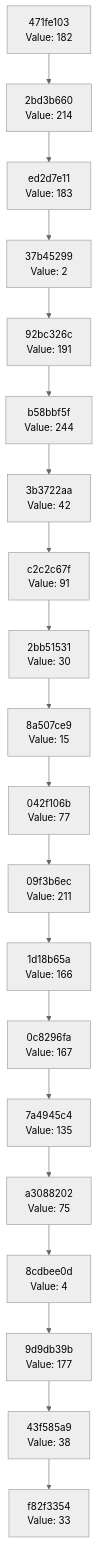
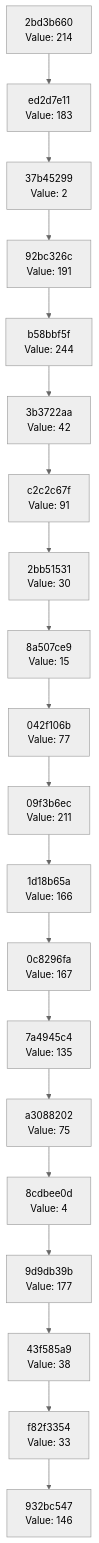
One commit to Abhisheksinha1506/hash-chain-evolver changed the diagram in docs/CHAIN_VISUALIZATION.md. Above: the diagram before and after it, drawn with Mermaid (neutral theme). The commit also changed 3 other files, not shown here.

````diff
--- a/docs/CHAIN_VISUALIZATION.md
+++ b/docs/CHAIN_VISUALIZATION.md
@@ -3,42 +3,42 @@
 ```mermaid
 graph TD
-    C0["f82f3354<br/>Value: 33"]
-    C1["43f585a9<br/>Value: 38"]
+    C0["932bc547<br/>Value: 146"]
+    C1["f82f3354<br/>Value: 33"]
     C1 --> C0
-    C2["9d9db39b<br/>Value: 177"]
+    C2["43f585a9<br/>Value: 38"]
     C2 --> C1
-    C3["8cdbee0d<br/>Value: 4"]
+    C3["9d9db39b<br/>Value: 177"]
     C3 --> C2
-    C4["a3088202<br/>Value: 75"]
+    C4["8cdbee0d<br/>Value: 4"]
     C4 --> C3
-    C5["7a4945c4<br/>Value: 135"]
+    C5["a3088202<br/>Value: 75"]
     C5 --> C4
-    C6["0c8296fa<br/>Value: 167"]
+    C6["7a4945c4<br/>Value: 135"]
     C6 --> C5
-    C7["1d18b65a<br/>Value: 166"]
+    C7["0c8296fa<br/>Value: 167"]
     C7 --> C6
-    C8["09f3b6ec<br/>Value: 211"]
+    C8["1d18b65a<br/>Value: 166"]
     C8 --> C7
-    C9["042f106b<br/>Value: 77"]
+    C9["09f3b6ec<br/>Value: 211"]
     C9 --> C8
-    C10["8a507ce9<br/>Value: 15"]
+    C10["042f106b<br/>Value: 77"]
     C10 --> C9
-    C11["2bb51531<br/>Value: 30"]
+    C11["8a507ce9<br/>Value: 15"]
     C11 --> C10
-    C12["c2c2c67f<br/>Value: 91"]
+    C12["2bb51531<br/>Value: 30"]
     C12 --> C11
-    C13["3b3722aa<br/>Value: 42"]
+    C13["c2c2c67f<br/>Value: 91"]
     C13 --> C12
-    C14["b58bbf5f<br/>Value: 244"]
+    C14["3b3722aa<br/>Value: 42"]
     C14 --> C13
-    C15["92bc326c<br/>Value: 191"]
+    C15["b58bbf5f<br/>Value: 244"]
     C15 --> C14
-    C16["37b45299<br/>Value: 2"]
+    C16["92bc326c<br/>Value: 191"]
     C16 --> C15
-    C17["ed2d7e11<br/>Value: 183"]
+    C17["37b45299<br/>Value: 2"]
     C17 --> C16
-    C18["2bd3b660<br/>Value: 214"]
+    C18["ed2d7e11<br/>Value: 183"]
     C18 --> C17
-    C19["471fe103<br/>Value: 182"]
+    C19["2bd3b660<br/>Value: 214"]
     C19 --> C18
 ```
````
